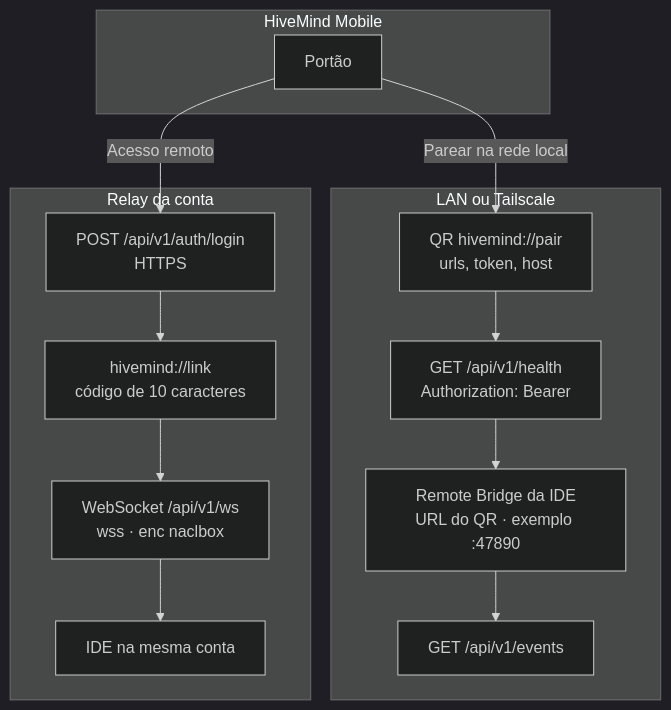
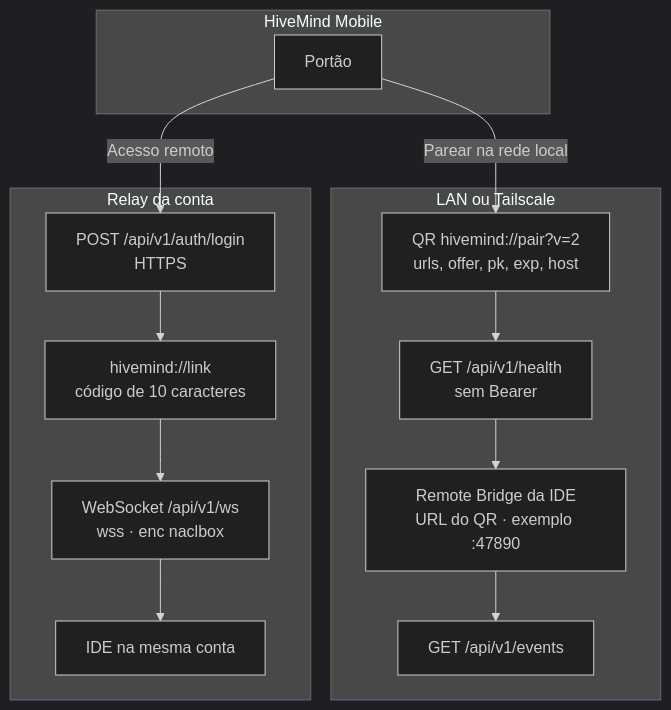
The diagram in README.md (gilvan-Borges/HiveMind-App), drawn with Mermaid (dark theme) before and after one commit. The commit also changed other lines of this file and 20 other files, not shown here.

````diff
--- a/README.md
+++ b/README.md
@@ -29,25 +29,25 @@
 ```mermaid
 flowchart TB
   subgraph phone ["HiveMind Mobile"]
     Gate["Portão"]
   end
 
   subgraph lan ["LAN ou Tailscale"]
-    Pair["QR hivemind://pair<br/>urls, token, host"]
-    Health["GET /api/v1/health<br/>Authorization: Bearer"]
+    Pair["QR hivemind://pair?v=2<br/>urls, offer, pk, exp, host"]
+    Health["GET /api/v1/health<br/>sem Bearer"]
     Bridge["Remote Bridge da IDE<br/>URL do QR · exemplo :47890"]
     SSE["GET /api/v1/events"]
   end
 
   subgraph relay ["Relay da conta"]
     Login["POST /api/v1/auth/login<br/>HTTPS"]
     Link["hivemind://link<br/>código de 10 caracteres"]
     WS["WebSocket /api/v1/ws<br/>wss · enc naclbox"]
     Ide["IDE na mesma conta"]
   end
 
   Gate -->|"Parear na rede local"| Pair
   Pair --> Health --> Bridge --> SSE
   Gate -->|"Acesso remoto"| Login
   Login --> Link --> WS --> Ide
 ```
````
